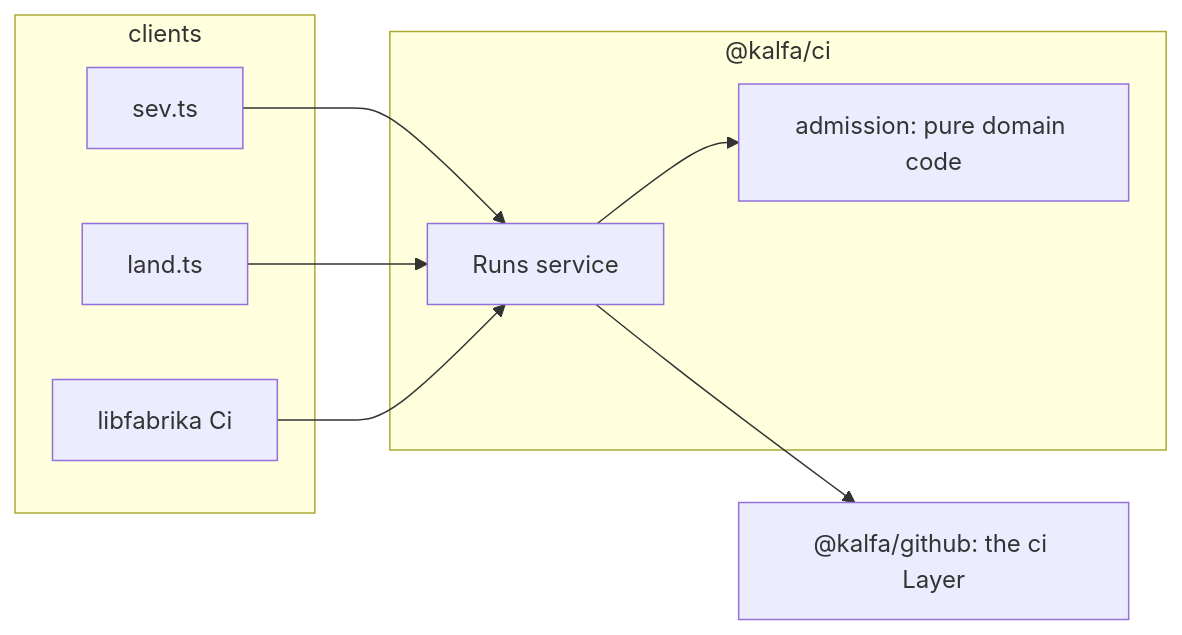
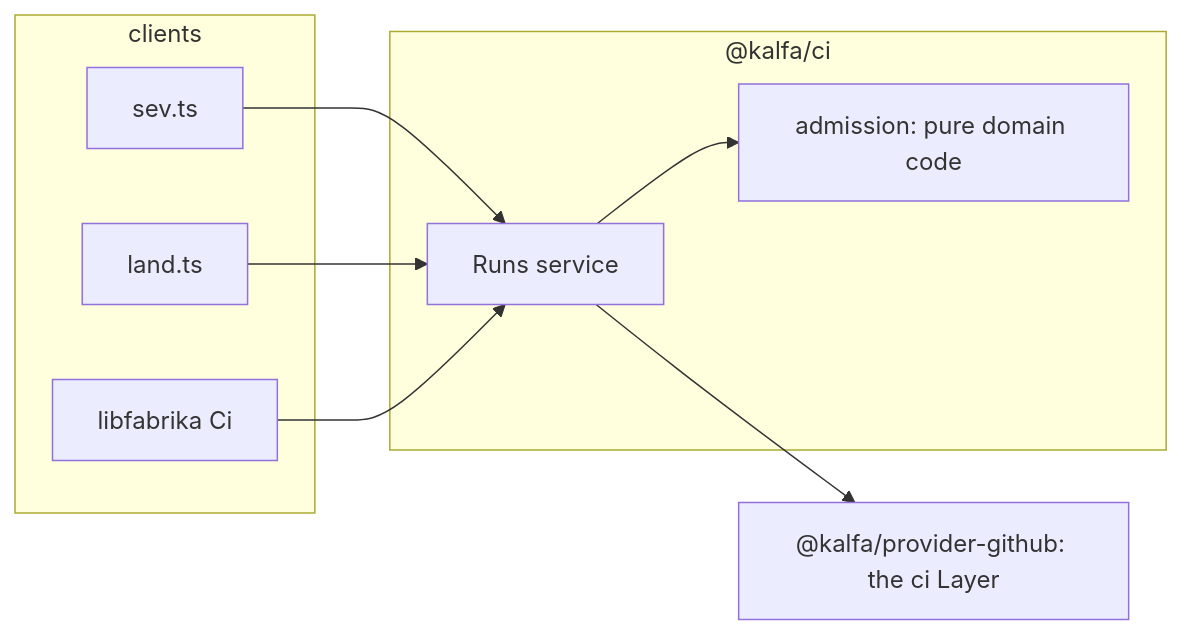
Before and after one commit to kamp-us/tea-fabrika: the diagram in .decisions/0612-kalfa-ci-holds-the-ci-protocol-once.md, drawn with Mermaid. The commit also changed other lines of this file and 5 other files, not shown here.

First line of the commit message:
Provider packages are named @kalfa/provider-<name>, as Terraform names its providers, and the Journal lives in @kalfa/program with ledger's journal Layer (0616, 0612, 0614, 0601, 0585)

````diff
--- a/.decisions/0612-kalfa-ci-holds-the-ci-protocol-once.md
+++ b/.decisions/0612-kalfa-ci-holds-the-ci-protocol-once.md
@@ -11,18 +11,18 @@
 ```mermaid
 flowchart LR
   subgraph clients["clients"]
     sev["sev.ts"]
     land["land.ts"]
     lib["libfabrika Ci"]
   end
   subgraph kalfaci["@kalfa/ci"]
     runs["Runs service"]
     admit["admission: pure domain code"]
   end
-  gh["@kalfa/github: the ci Layer"]
+  gh["@kalfa/provider-github: the ci Layer"]
   sev --> runs
   land --> runs
   lib --> runs
   runs --> admit
   runs --> gh
 ```
````
